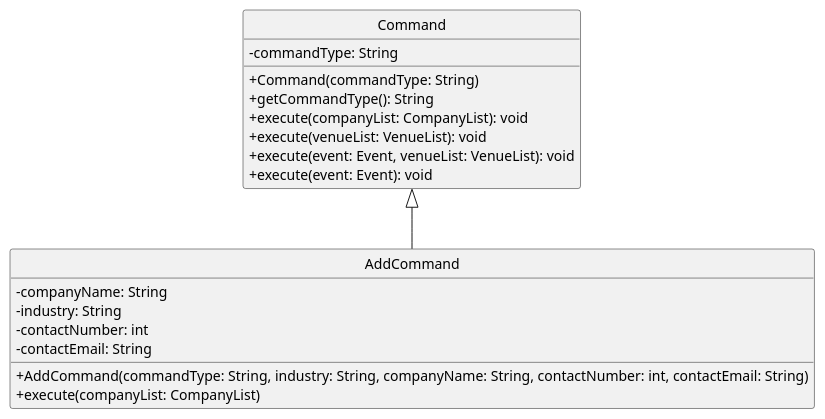
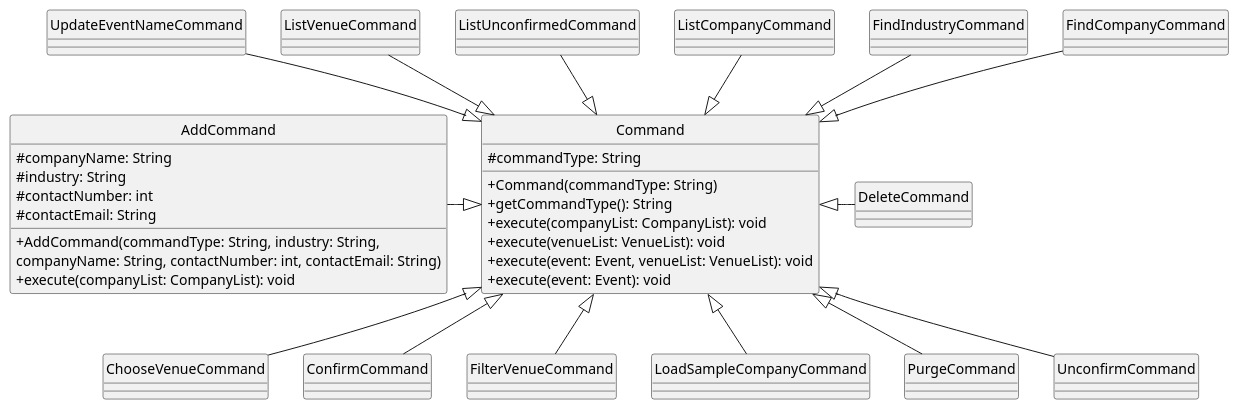
Before and after one commit to nus-cs2113-AY2223S2/tp: the diagram in docs/UML/AddCommand_class.puml, drawn with PlantUML. The commit also changed 10 other files, not shown here.

Commit message:
Update diagrams in DG

```diff
--- a/docs/UML/AddCommand_class.puml
+++ b/docs/UML/AddCommand_class.puml
@@ -1,30 +1,59 @@
 @startuml
 'https://plantuml.com/class-diagram
 
 hide circle
 skinparam classAttributeIconSize 0
 
-Command <|-- AddCommand
+Command <|-l- AddCommand
+Command <|-- ChooseVenueCommand
+Command <|-- ConfirmCommand
+Command <|-r- DeleteCommand
+Command <|-- FilterVenueCommand
+Command <|-u- FindCompanyCommand
+Command <|-u- FindIndustryCommand
+Command <|-u- ListCompanyCommand
+Command <|-u- ListUnconfirmedCommand
+Command <|-u- ListVenueCommand
+Command <|-- LoadSampleCompanyCommand
+Command <|-- PurgeCommand
+Command <|-- UnconfirmCommand
+Command <|-u- UpdateEventNameCommand
 
 class Command{
--commandType: String
+#commandType: String
 +Command(commandType: String)
 +getCommandType(): String
 +execute(companyList: CompanyList): void
 +execute(venueList: VenueList): void
 +execute(event: Event, venueList: VenueList): void
 +execute(event: Event): void
 }
 
 
 class AddCommand {
--companyName: String
--industry: String
--contactNumber: int
--contactEmail: String
-+AddCommand(commandType: String, industry: String, companyName: String, contactNumber: int, contactEmail: String)
-+execute(companyList: CompanyList)
+#companyName: String
+#industry: String
+#contactNumber: int
+#contactEmail: String
++AddCommand(commandType: String, industry: String,
+companyName: String, contactNumber: int, contactEmail: String)
++execute(companyList: CompanyList): void
 }
+
+class ChooseVenueCommand {}
+class ConfirmCommand {}
+class DeleteCommand {}
+class FilterVenueCommand {}
+class FindCompanyCommand {}
+class FindIndustryCommand {}
+class ListCompanyCommand {}
+class ListUnconfirmedCommand {}
+class ListVenueCommand {}
+class LoadSampleCompanyCommand {}
+class PurgeCommand {}
+class UnconfirmCommand {}
+class UpdateEventNameCommand {}
+
 
 
 @enduml
```
